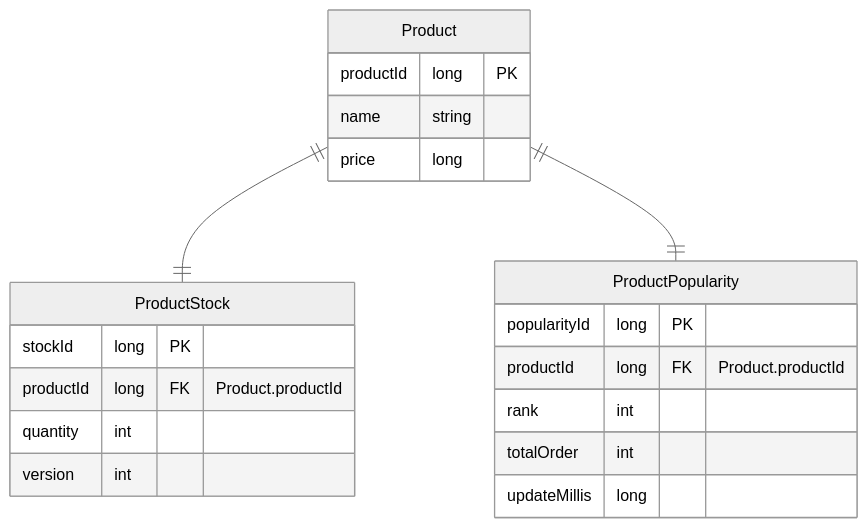
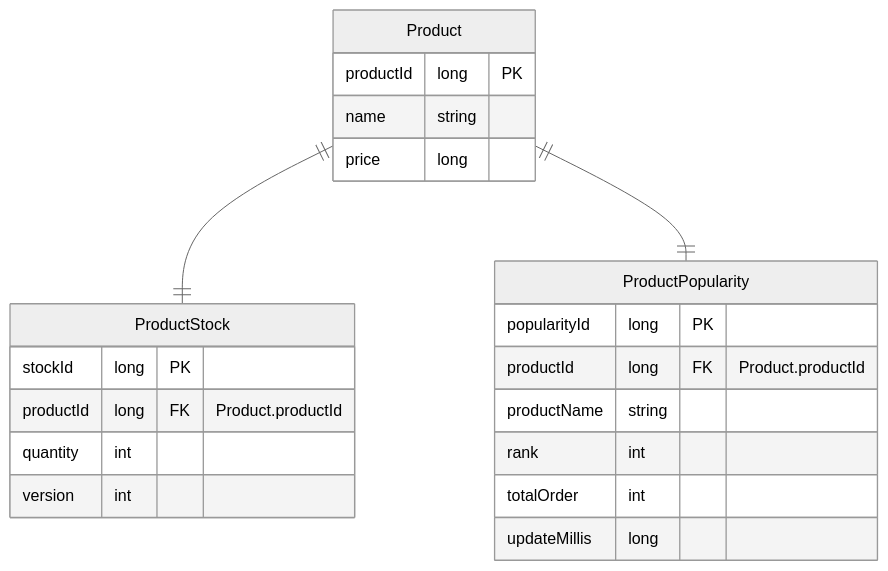
One commit to chapakook/kotlin-ecommerce changed the fifth of 5 diagrams in docs/erd.md. Above: the diagram before and after it, drawn with Mermaid (neutral theme). The commit also changed other lines of this file, not shown here.

Commit message:
[DOC] erd 업데이트 popularity 도메인 수정

````diff
--- a/docs/erd.md
+++ b/docs/erd.md
@@ -260,23 +261,24 @@
 ```mermaid
 erDiagram
     Product{
         productId long PK
         name string
         price long
     }
     ProductStock{
         stockId long PK
         productId long FK "Product.productId"
         quantity int 
         version int
     }
     ProductPopularity{
         popularityId long PK
         productId long FK "Product.productId"
+        productName string
         rank int
         totalOrder int
         updateMillis long
     }
     Product ||--|| ProductStock: ""
     Product ||--|| ProductPopularity: ""
 ```
````
